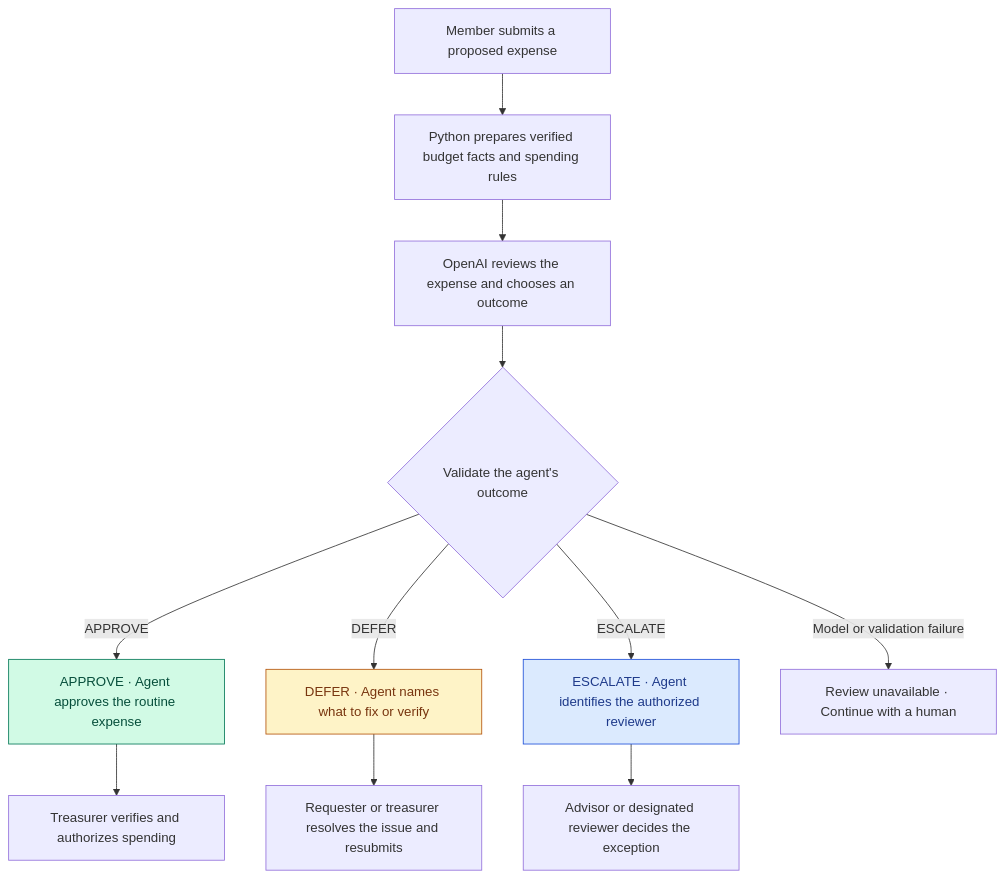
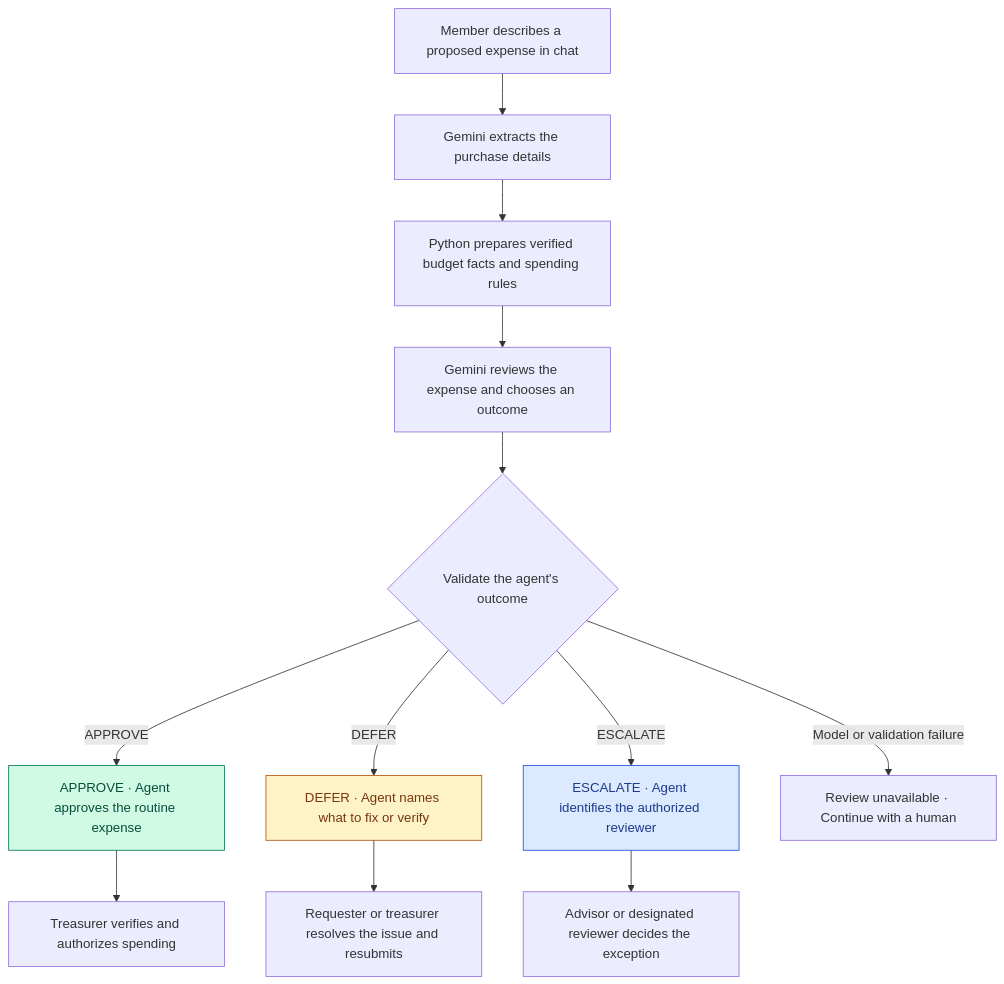
The first of 4 diagrams in README.md (tom4247/Campus-spending-review-agent), drawn with Mermaid before and after one commit. The commit also changed other lines of this file and 6 other files, not shown here.

Commit message:
Add Gemini purchase review chat

````diff
--- a/README.md
+++ b/README.md
@@ -11,19 +11,20 @@
 ```mermaid
 flowchart TD
-    request["Member submits a proposed expense"] --> evidence["Python prepares verified budget facts and spending rules"]
-    evidence --> decision["OpenAI reviews the expense and chooses an outcome"]
+    request["Member describes a proposed expense in chat"] --> details["Gemini extracts the purchase details"]
+    details --> evidence["Python prepares verified budget facts and spending rules"]
+    evidence --> decision["Gemini reviews the expense and chooses an outcome"]
     decision --> validation{"Validate the agent's outcome"}
     validation -->|"APPROVE"| approved["APPROVE · Agent approves the routine expense"]
     validation -->|"DEFER"| deferred["DEFER · Agent names what to fix or verify"]
     validation -->|"ESCALATE"| escalated["ESCALATE · Agent identifies the authorized reviewer"]
     validation -->|"Model or validation failure"| unavailable["Review unavailable · Continue with a human"]
     approved --> routine["Treasurer verifies and authorizes spending"]
     deferred --> resubmit["Requester or treasurer resolves the issue and resubmits"]
     escalated --> exception["Advisor or designated reviewer decides the exception"]
     classDef approval fill:#d1fae5,stroke:#047857,color:#064e3b
     classDef deferral fill:#fef3c7,stroke:#b45309,color:#78350f
     classDef escalation fill:#dbeafe,stroke:#1d4ed8,color:#1e3a8a
     class approved approval
     class deferred deferral
     class escalated escalation
 ```
````
